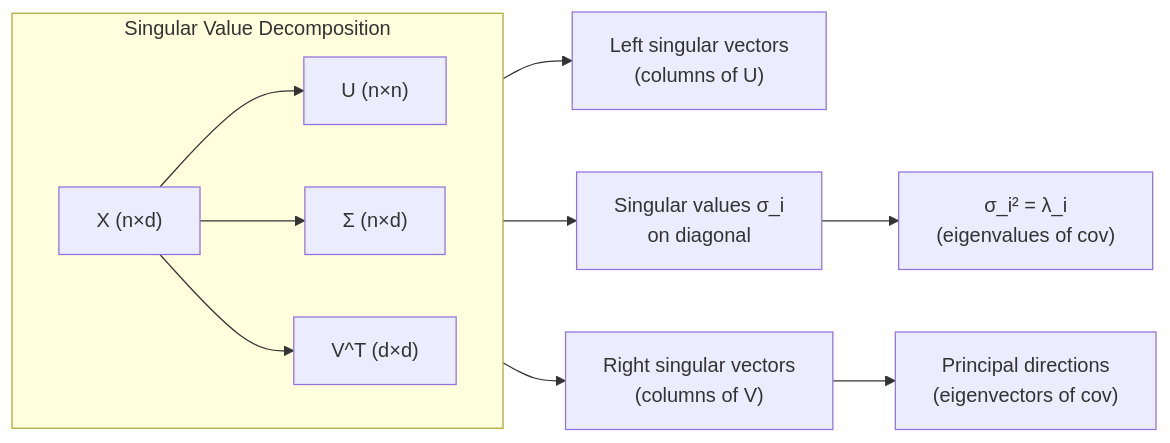
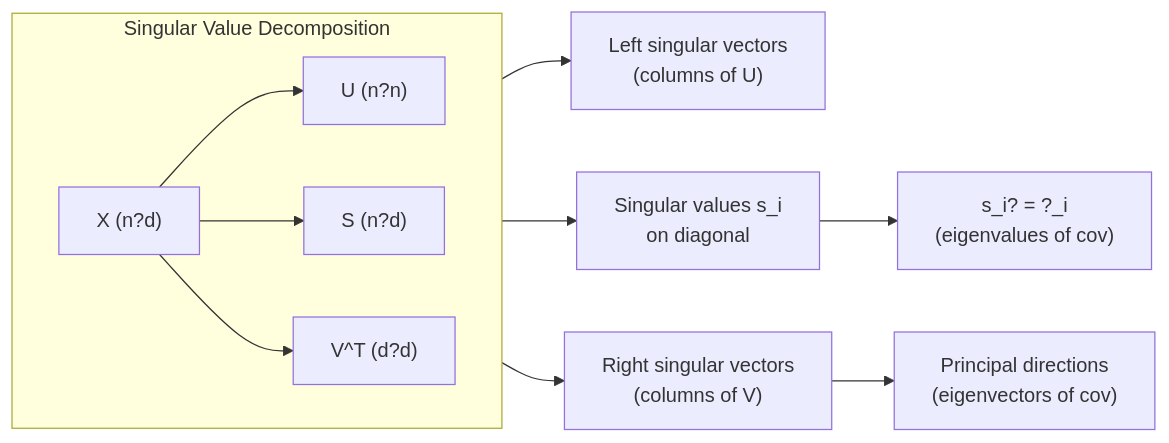
One commit to Raushan666java/ai-engineering-journey changed the third of 5 diagrams in docs/courses/machine-learning/09-dimensionality-reduction.md. Above: the diagram before and after it, drawn with Mermaid. The commit also changed other lines of this file and 790 other files, not shown here.

Commit message:
Sync all course diagram renders and content updates

````diff
--- a/docs/courses/machine-learning/09-dimensionality-reduction.md
+++ b/docs/courses/machine-learning/09-dimensionality-reduction.md
@@ -128,14 +128,14 @@
 ```mermaid
 flowchart LR
     subgraph SVD["Singular Value Decomposition"]
         direction LR
-        A["X (n×d)"] --> B["U (n×n)"]
-        A --> C["Σ (n×d)"]
-        A --> D["V^T (d×d)"]
+        A["X (n?d)"] --> B["U (n?n)"]
+        A --> C["S (n?d)"]
+        A --> D["V^T (d?d)"]
     end
     B --> E["Left singular vectors<br/>(columns of U)"]
-    C --> F["Singular values σ_i<br/>on diagonal"]
+    C --> F["Singular values s_i<br/>on diagonal"]
     D --> G["Right singular vectors<br/>(columns of V)"]
-    F --> H["σ_i² = λ_i<br/>(eigenvalues of cov)"]
+    F --> H["s_i? = ?_i<br/>(eigenvalues of cov)"]
     G --> I["Principal directions<br/>(eigenvectors of cov)"]
 ```
````
